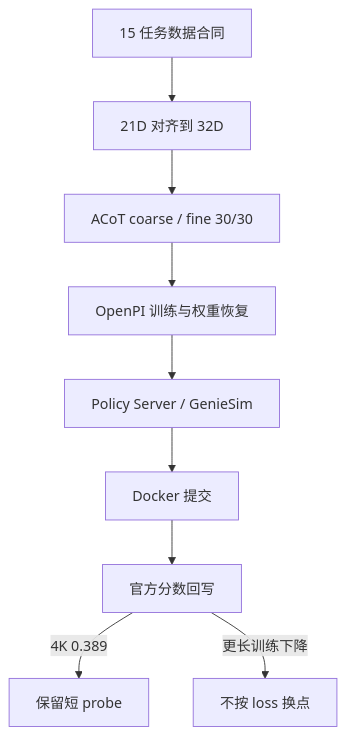
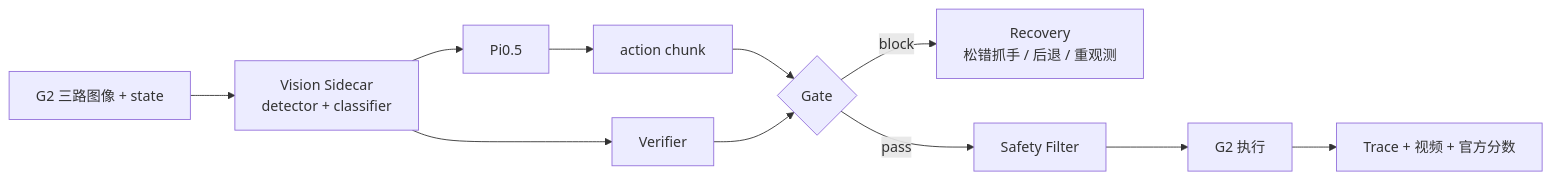
One commit to l2ktech/wzy-portfolio changed the fourth of 4 diagrams in content/projects/acot-vla.md. Above: the diagram before and after it, drawn with Mermaid. The commit also changed other lines of this file, not shown here.

````diff
--- a/content/projects/acot-vla.md
+++ b/content/projects/acot-vla.md
@@ -7,11 +212,13 @@
 ```mermaid
-flowchart TD
-  A["15 任务数据合同"] --> B["21D 对齐到 32D"]
-  B --> C["ACoT coarse / fine 30/30"]
-  C --> D["OpenPI 训练与权重恢复"]
-  D --> E["Policy Server / GenieSim"]
-  E --> F["Docker 提交"]
-  F --> G["官方分数回写"]
-  G -->|4K 0.389| H["保留短 probe"]
-  G -->|更长训练下降| I["不按 loss 换点"]
+flowchart LR
+  O["G2 三路图像 + state"] --> S["Vision Sidecar\ndetector + classifier"]
+  S --> P["Pi0.5"]
+  P --> A["action chunk"]
+  S --> V["Verifier"]
+  A --> G{"Gate"}
+  V --> G
+  G -->|block| R["Recovery\n松错抓手 / 后退 / 重观测"]
+  G -->|pass| F["Safety Filter"]
+  F --> X["G2 执行"]
+  X --> T["Trace + 视频 + 官方分数"]
 ```
````
